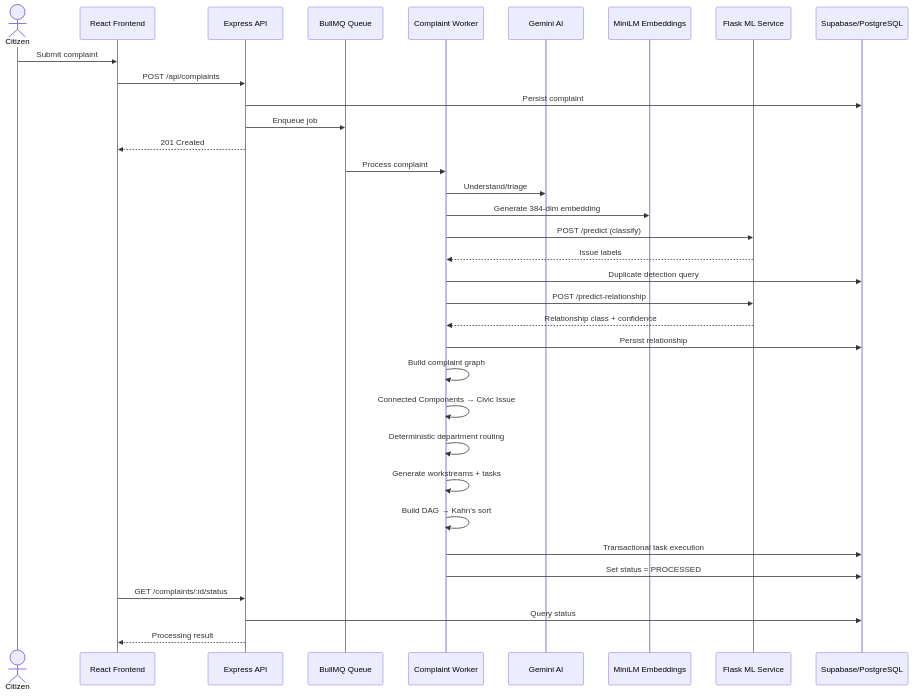
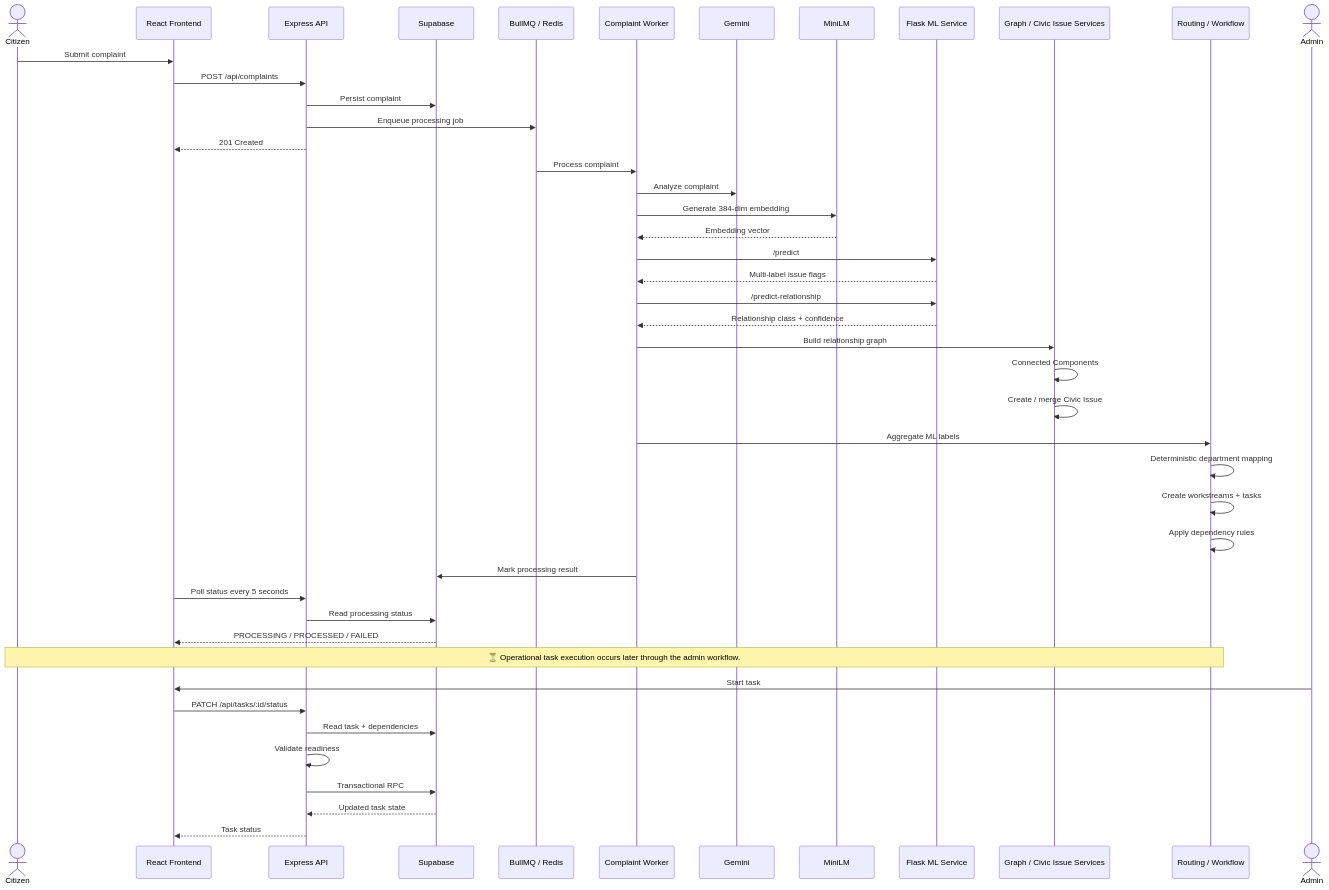
The second of 7 diagrams in README.md (Vishh70/grievanceiq), drawn with Mermaid before and after one commit. The commit also changed other lines of this file and 1 other file, not shown here.

Commit message:
docs: complete GitHub-style README architecture refactor with badges, diagrams, and visual polish

````diff
--- a/README.md
+++ b/README.md
@@ -265,39 +287,57 @@
 ```mermaid
 sequenceDiagram
+
     actor Citizen
     participant FE as React Frontend
     participant API as Express API
-    participant Q as BullMQ Queue
+    participant DB as Supabase
+    participant Q as BullMQ / Redis
     participant W as Complaint Worker
-    participant AI as Gemini AI
-    participant EMB as MiniLM Embeddings
+    participant AI as Gemini
+    participant EMB as MiniLM
     participant ML as Flask ML Service
-    participant DB as Supabase/PostgreSQL
+    participant GRAPH as Graph / Civic Issue Services
+    participant ROUTE as Routing / Workflow
 
     Citizen->>FE: Submit complaint
     FE->>API: POST /api/complaints
     API->>DB: Persist complaint
-    API->>Q: Enqueue job
+    API->>Q: Enqueue processing job
     API-->>FE: 201 Created
-    
+
     Q->>W: Process complaint
-    W->>AI: Understand/triage
+    W->>AI: Analyze complaint
     W->>EMB: Generate 384-dim embedding
-    W->>ML: POST /predict (classify)
-    ML-->>W: Issue labels
-    W->>DB: Duplicate detection query
-    W->>ML: POST /predict-relationship
+    EMB-->>W: Embedding vector
+
+    W->>ML: /predict
+    ML-->>W: Multi-label issue flags
+
+    W->>ML: /predict-relationship
     ML-->>W: Relationship class + confidence
-    W->>DB: Persist relationship
-    W->>W: Build complaint graph
-    W->>W: Connected Components → Civic Issue
-    W->>W: Deterministic department routing
-    W->>W: Generate workstreams + tasks
-    W->>W: Build DAG → Kahn's sort
-    W->>DB: Transactional task execution
-    W->>DB: Set status = PROCESSED
-    
-    FE->>API: GET /complaints/:id/status
-    API->>DB: Query status
-    API-->>FE: Processing result
+
+    W->>GRAPH: Build relationship graph
+    GRAPH->>GRAPH: Connected Components
+    GRAPH->>GRAPH: Create / merge Civic Issue
+
+    W->>ROUTE: Aggregate ML labels
+    ROUTE->>ROUTE: Deterministic department mapping
+    ROUTE->>ROUTE: Create workstreams + tasks
+    ROUTE->>ROUTE: Apply dependency rules
+
+    W->>DB: Mark processing result
+    FE->>API: Poll status every 5 seconds
+    API->>DB: Read processing status
+    DB-->>FE: PROCESSING / PROCESSED / FAILED
+
+    Note over Citizen,ROUTE: ⏳ Operational task execution occurs later through the admin workflow.
+
+    actor Admin
+    Admin->>FE: Start task
+    FE->>API: PATCH /api/tasks/:id/status
+    API->>DB: Read task + dependencies
+    API->>API: Validate readiness
+    API->>DB: Transactional RPC
+    DB-->>API: Updated task state
+    API-->>FE: Task status
 ```
````
